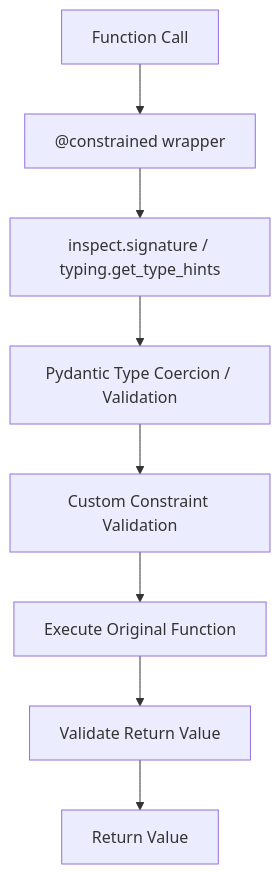
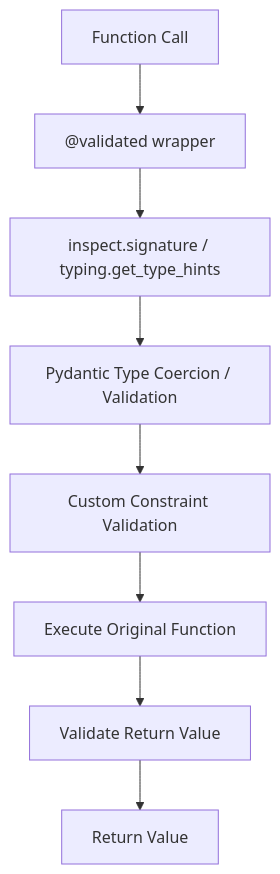
One commit to haakonal/validated changed the diagram in README.md. Above: the diagram before and after it, drawn with Mermaid. The commit also changed other lines of this file and 18 other files, not shown here.

````diff
--- a/README.md
+++ b/README.md
@@ -15,10 +15,10 @@
 ```mermaid
 graph TD
-    A["Function Call"] --> B["@constrained wrapper"]
+    A["Function Call"] --> B["@validated wrapper"]
     B --> C["inspect.signature / typing.get_type_hints"]
     C --> D["Pydantic Type Coercion / Validation"]
     D --> E["Custom Constraint Validation"]
     E --> F["Execute Original Function"]
     F --> G["Validate Return Value"]
     G --> H["Return Value"]
 ```
````
